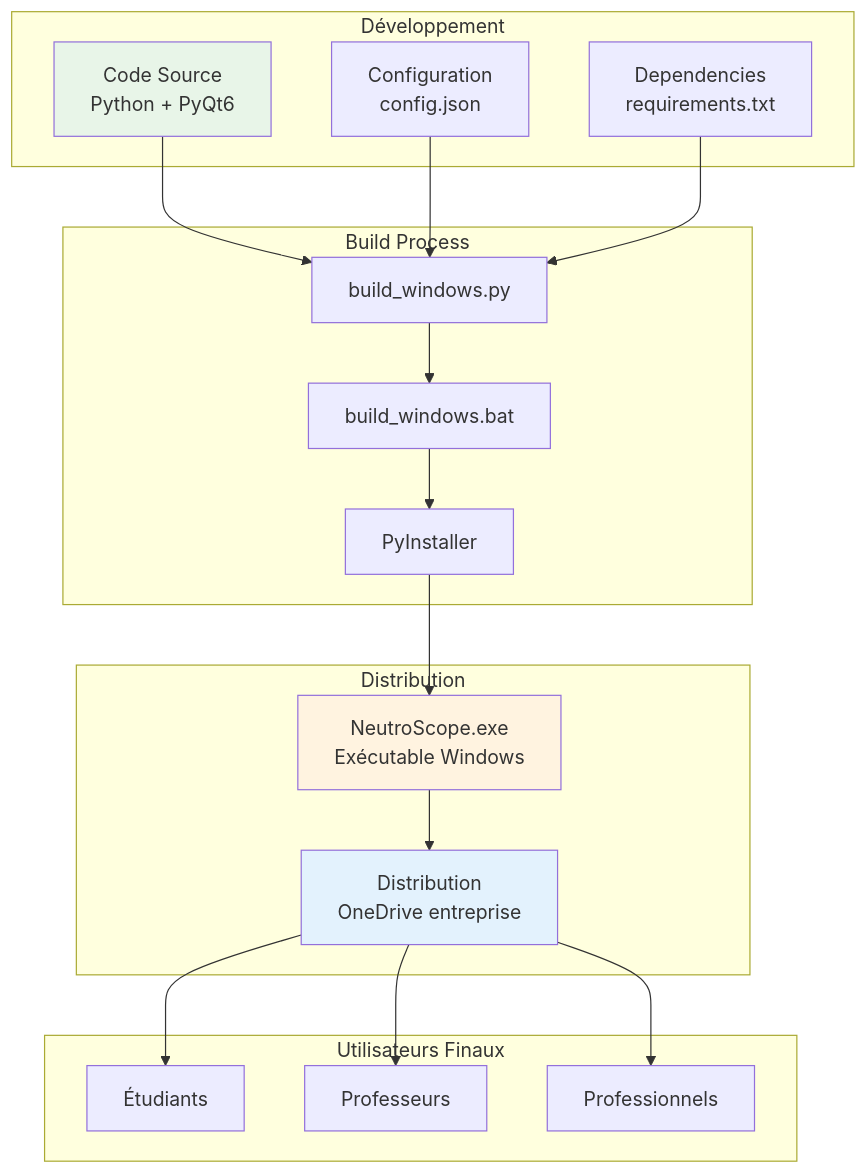
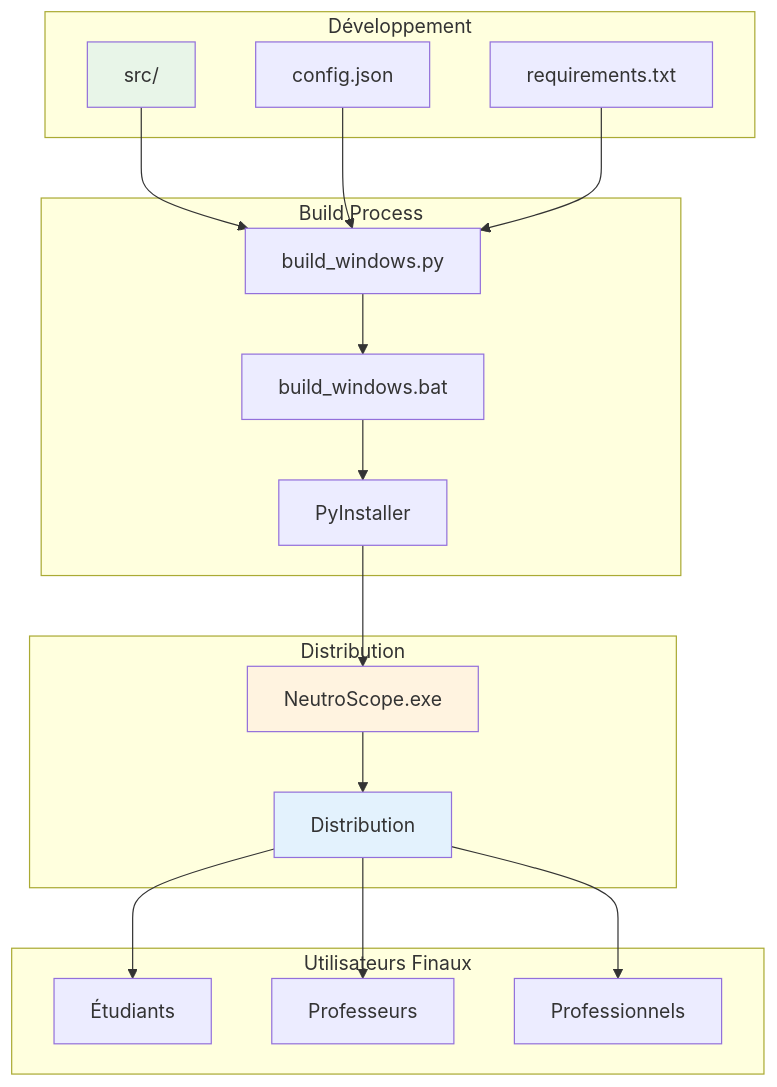
One commit to gaBBtry/NeutroScope changed the eighth of 9 diagrams in docs/mermaid.md. Above: the diagram before and after it, drawn with Mermaid. The commit also changed other lines of this file, not shown here.

````diff
--- a/docs/mermaid.md
+++ b/docs/mermaid.md
@@ -348,42 +238,35 @@
 ```mermaid
 graph TD
     subgraph "Développement"
-        SRC[Code Source<br/>Python + PyQt6]
-        CFG[Configuration<br/>config.json]
-        DEPS[Dependencies<br/>requirements.txt]
+        SRC[src/]
+        CFG[config.json]
+        DEPS[requirements.txt]
     end
-    
     subgraph "Build Process"
         PY[build_windows.py]
         BAT[build_windows.bat]
         INST[PyInstaller]
     end
-    
     subgraph "Distribution"
-        EXE[NeutroScope.exe<br/>Exécutable Windows]
-        DIST[Distribution<br/>OneDrive entreprise]
+        EXE[NeutroScope.exe]
+        DIST[Distribution]
     end
-    
     subgraph "Utilisateurs Finaux"
         EDU[Étudiants]
         PROF[Professeurs]
         INDUS[Professionnels]
     end
-    
     SRC --> PY
     CFG --> PY
     DEPS --> PY
-    
     PY --> BAT
     BAT --> INST
     INST --> EXE
-    
     EXE --> DIST
     DIST --> EDU
     DIST --> PROF
     DIST --> INDUS
-    
     style SRC fill:#e8f5e8
     style EXE fill:#fff3e0
     style DIST fill:#e3f2fd
 ```
````
